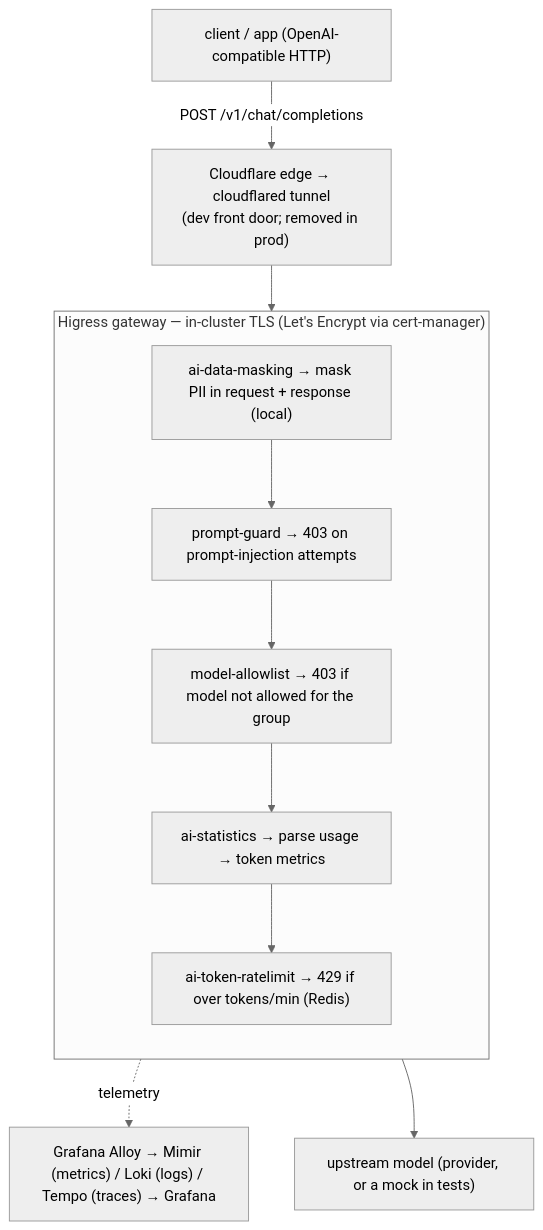
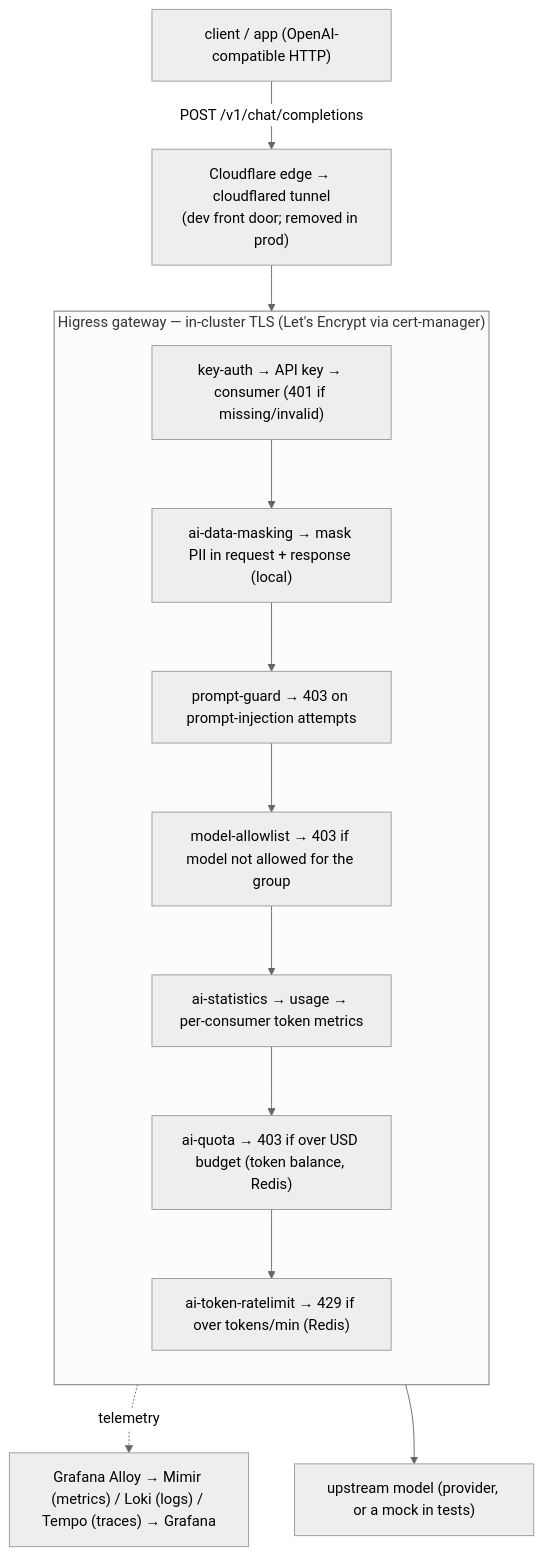
The first of 2 diagrams in docs/intro/architecture.md (opsta/opsta-ai-gateway-docs), drawn with Mermaid (neutral theme) before and after one commit. The commit also changed other lines of this file and 2 other files, not shown here.

Commit message:
docs: M2.5 API keys + USD budgets (key-auth, ai-quota, budget controller)

````diff
--- a/docs/intro/architecture.md
+++ b/docs/intro/architecture.md
@@ -9,18 +9,20 @@
 ```mermaid
 flowchart TD
   client["client / app (OpenAI-compatible HTTP)"]
   cf["Cloudflare edge → cloudflared tunnel<br/>(dev front door; removed in prod)"]
   subgraph gw["Higress gateway — in-cluster TLS (Let's Encrypt via cert-manager)"]
     direction TB
+    p0["key-auth → API key → consumer (401 if missing/invalid)"]
     p1["ai-data-masking → mask PII in request + response (local)"]
     p2["prompt-guard → 403 on prompt-injection attempts"]
     p3["model-allowlist → 403 if model not allowed for the group"]
-    p4["ai-statistics → parse usage → token metrics"]
+    p4["ai-statistics → usage → per-consumer token metrics"]
+    pq["ai-quota → 403 if over USD budget (token balance, Redis)"]
     p5["ai-token-ratelimit → 429 if over tokens/min (Redis)"]
-    p1 --> p2 --> p3 --> p4 --> p5
+    p0 --> p1 --> p2 --> p3 --> p4 --> pq --> p5
   end
   model["upstream model (provider, or a mock in tests)"]
   obs["Grafana Alloy → Mimir (metrics) / Loki (logs) / Tempo (traces) → Grafana"]
   client -->|"POST /v1/chat/completions"| cf --> gw --> model
   p5 -.->|telemetry| obs
 ```
````
